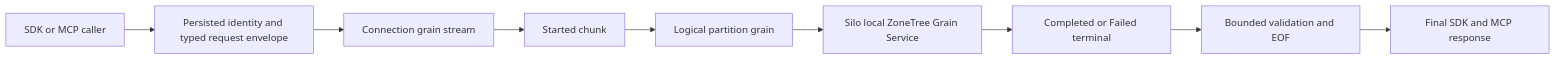
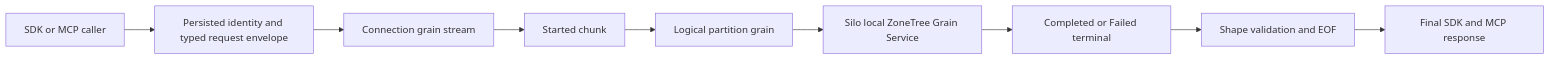
Before and after one commit to managedcode/KeyLoad: the diagram in docs/Features/OrleansExecution/CqrsRequest.md, drawn with Mermaid. The commit also changed other lines of this file and 673 other files, not shown here.

````diff
--- a/docs/Features/OrleansExecution/CqrsRequest.md
+++ b/docs/Features/OrleansExecution/CqrsRequest.md
@@ -7,11 +7,11 @@
 ```mermaid
 flowchart LR
     Caller[SDK or MCP caller] --> Identity[Persisted identity and typed request envelope]
     Identity --> Connection[Connection grain stream]
     Connection --> Started[Started chunk]
     Started --> Partition[Logical partition grain]
     Partition --> Owner[Silo local ZoneTree Grain Service]
     Owner --> Terminal[Completed or Failed terminal]
-    Terminal --> Drain[Bounded validation and EOF]
+    Terminal --> Drain[Shape validation and EOF]
     Drain --> Response[Final SDK and MCP response]
 ```
````
